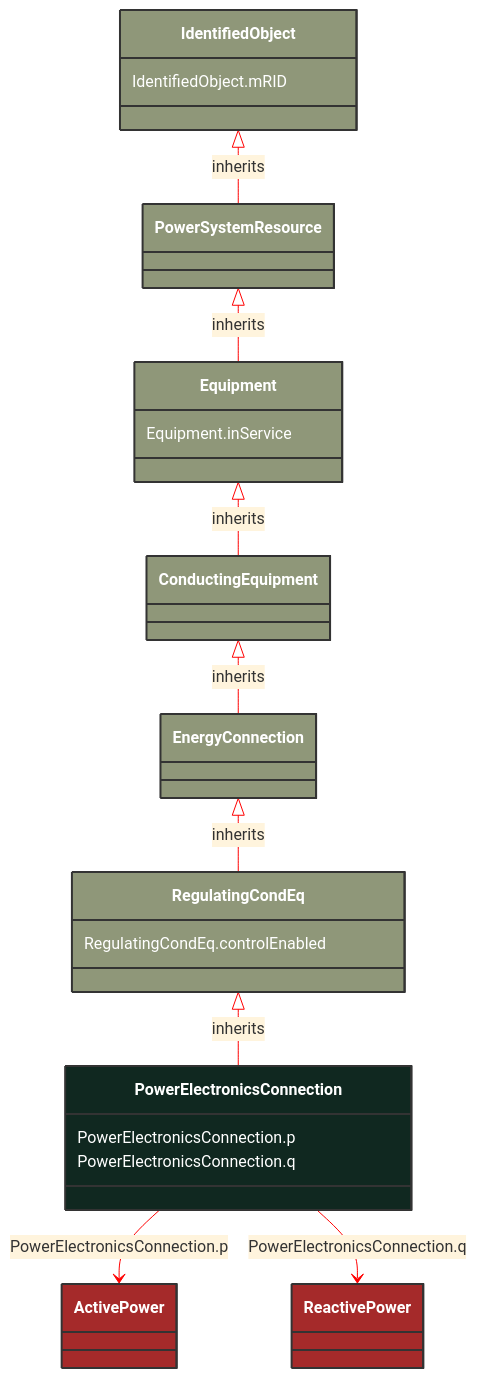
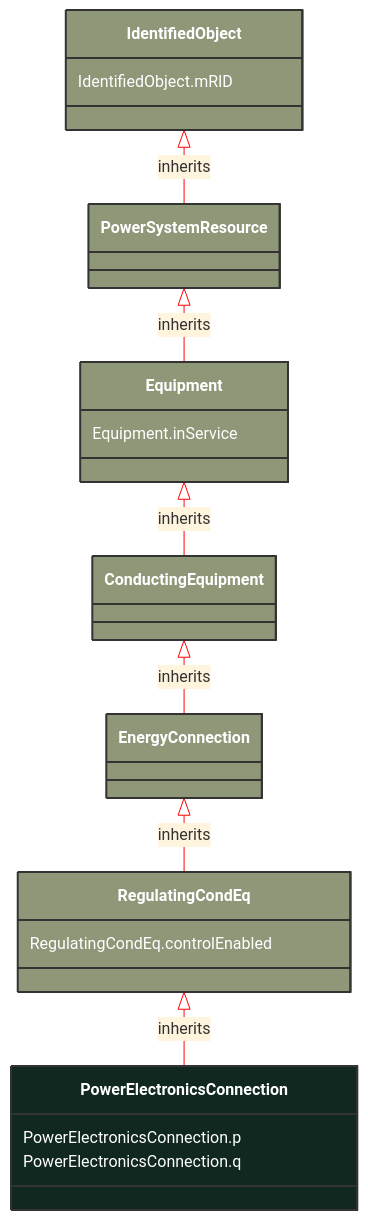
The diagram in docs/Models/Profiles/SteadyStateHypothesis/ConcreteClasses/PowerElectronicsConnection.md (3lbits/NoCIMExtensions), drawn with Mermaid before and after one commit. The commit also changed 397 other files, not shown here.

First line of the commit message:
Refactor CIM schemas to introduce abstract classes and consolidate data types

````diff
--- a/docs/Models/Profiles/SteadyStateHypothesis/ConcreteClasses/PowerElectronicsConnection.md
+++ b/docs/Models/Profiles/SteadyStateHypothesis/ConcreteClasses/PowerElectronicsConnection.md
@@ -8,49 +8,39 @@
 ```mermaid
 %%{init: {'theme':'base','themeVariables': {'lineColor': '#FF0000'}}}%%
 classDiagram
     class PowerElectronicsConnection
     click PowerElectronicsConnection href "/Models/Profiles/SteadyStateHypothesis/ConcreteClasses/PowerElectronicsConnection/"
     style PowerElectronicsConnection fill:#102820,stroke:#333,stroke-width:2px,rx:10,ry:10,color:white
      
         RegulatingCondEq <|-- PowerElectronicsConnection : inherits
             click RegulatingCondEq href "/Models/Profiles/SteadyStateHypothesis/ConcreteClasses/RegulatingCondEq/"
             style RegulatingCondEq fill:#8F9779,stroke:#333,stroke-width:2px,rx:10,ry:10,color:white
      
         EnergyConnection <|-- RegulatingCondEq : inherits
             click EnergyConnection href "/Models/Profiles/SteadyStateHypothesis/ConcreteClasses/EnergyConnection/"
             style EnergyConnection fill:#8F9779,stroke:#333,stroke-width:2px,rx:10,ry:10,color:white
      
         ConductingEquipment <|-- EnergyConnection : inherits
             click ConductingEquipment href "/Models/Profiles/SteadyStateHypothesis/ConcreteClasses/ConductingEquipment/"
             style ConductingEquipment fill:#8F9779,stroke:#333,stroke-width:2px,rx:10,ry:10,color:white
      
         Equipment <|-- ConductingEquipment : inherits
             click Equipment href "/Models/Profiles/SteadyStateHypothesis/ConcreteClasses/Equipment/"
             style Equipment fill:#8F9779,stroke:#333,stroke-width:2px,rx:10,ry:10,color:white
      
         PowerSystemResource <|-- Equipment : inherits
             click PowerSystemResource href "/Models/Profiles/SteadyStateHypothesis/ConcreteClasses/PowerSystemResource/"
             style PowerSystemResource fill:#8F9779,stroke:#333,stroke-width:2px,rx:10,ry:10,color:white
      
         IdentifiedObject <|-- PowerSystemResource : inherits
             click IdentifiedObject href "/Models/Profiles/SteadyStateHypothesis/ConcreteClasses/IdentifiedObject/"
             style IdentifiedObject fill:#8F9779,stroke:#333,stroke-width:2px,rx:10,ry:10,color:white
 
-        PowerElectronicsConnection --> ActivePower : PowerElectronicsConnection.p
-
-        ActivePower
-            click ActivePower href "/Models/Profiles/SteadyStateHypothesis/ConcreteClasses/ActivePower/"
-            style ActivePower fill:#A52A2A,stroke:#333,stroke-width:2px,rx:10,ry:10,color:white
-        PowerElectronicsConnection --> ReactivePower : PowerElectronicsConnection.q
-
-        ReactivePower
-            click ReactivePower href "/Models/Profiles/SteadyStateHypothesis/ConcreteClasses/ReactivePower/"
-            style ReactivePower fill:#A52A2A,stroke:#333,stroke-width:2px,rx:10,ry:10,color:white
 
 
         PowerElectronicsConnection : PowerElectronicsConnection.p
         PowerElectronicsConnection : PowerElectronicsConnection.q
         RegulatingCondEq : RegulatingCondEq.controlEnabled
         Equipment : Equipment.inService
         IdentifiedObject : IdentifiedObject.mRID
 ```
````
